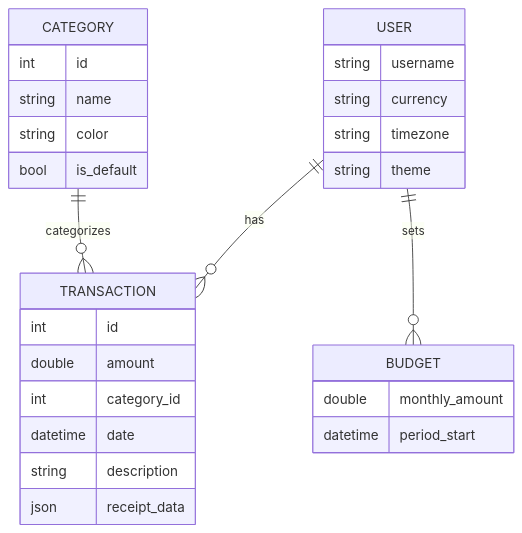
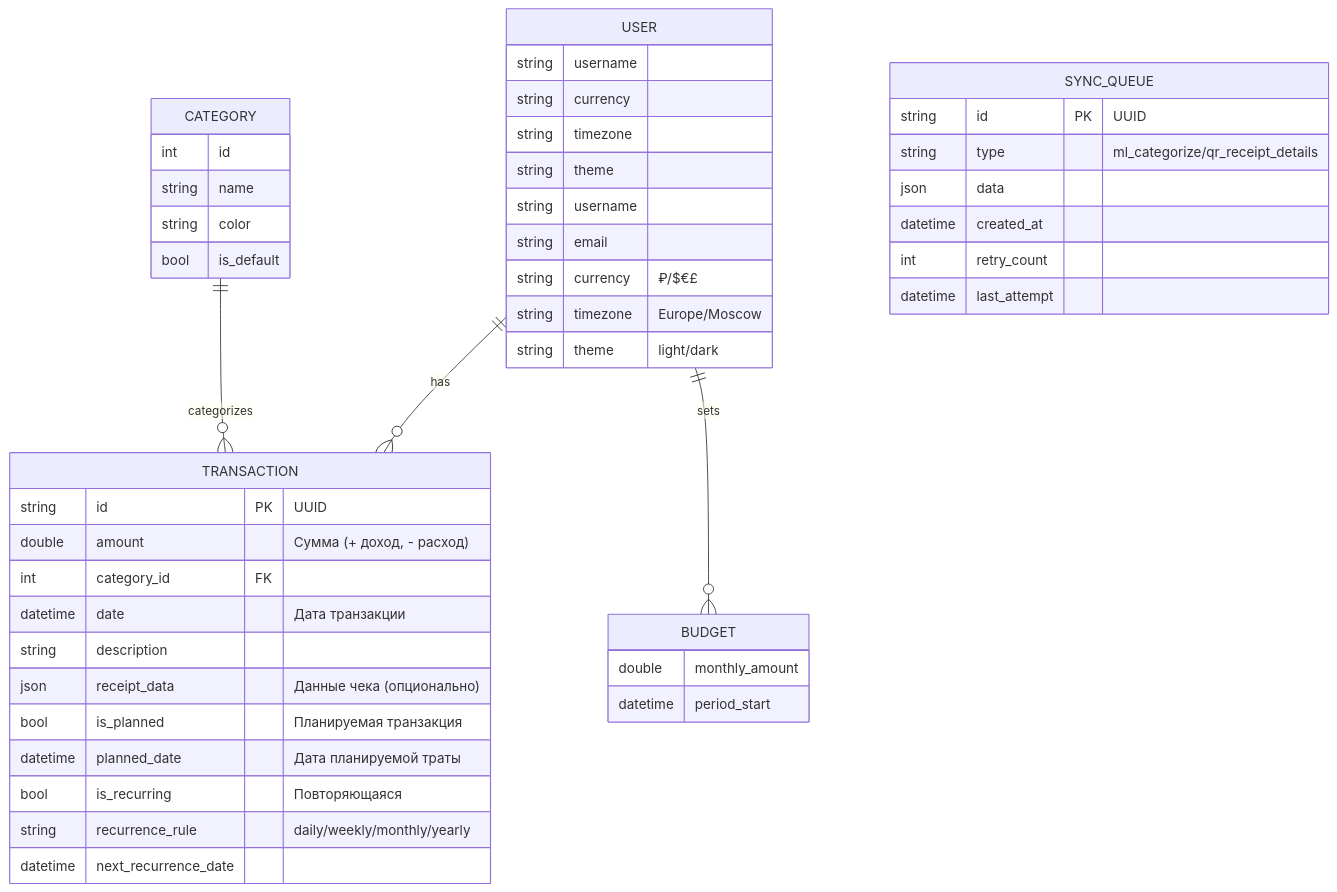
Before and after one commit to LiebeBleck/FinWise_v2: the third of 14 diagrams in README.md, drawn with Mermaid. The commit also changed other lines of this file, not shown here.

First line of the commit message:
Fix README.md: correct ML metrics, versions, and data models

````diff
--- a/README.md
+++ b/README.md
@@ -186,34 +185,56 @@
 ```mermaid
 erDiagram
     USER ||--o{ TRANSACTION : has
     USER ||--o{ BUDGET : sets
     CATEGORY ||--o{ TRANSACTION : categorizes
 
     USER {
         string username
         string currency
         string timezone
         string theme
     }
 
     CATEGORY {
         int id
         string name
         string color
         bool is_default
     }
 
     TRANSACTION {
-        int id
-        double amount
-        int category_id
-        datetime date
+        string id PK "UUID"
+        double amount "Сумма (+ доход, - расход)"
+        int category_id FK
+        datetime date "Дата транзакции"
         string description
-        json receipt_data
+        json receipt_data "Данные чека (опционально)"
+        bool is_planned "Планируемая транзакция"
+        datetime planned_date "Дата планируемой траты"
+        bool is_recurring "Повторяющаяся"
+        string recurrence_rule "daily/weekly/monthly/yearly"
+        datetime next_recurrence_date
     }
 
     BUDGET {
         double monthly_amount
         datetime period_start
     }
+
+    USER {
+        string username
+        string email
+        string currency "₽/$€£"
+        string timezone "Europe/Moscow"
+        string theme "light/dark"
+    }
+
+    SYNC_QUEUE {
+        string id PK "UUID"
+        string type "ml_categorize/qr_receipt_details"
+        json data
+        datetime created_at
+        int retry_count
+        datetime last_attempt
+    }
 ```
````
